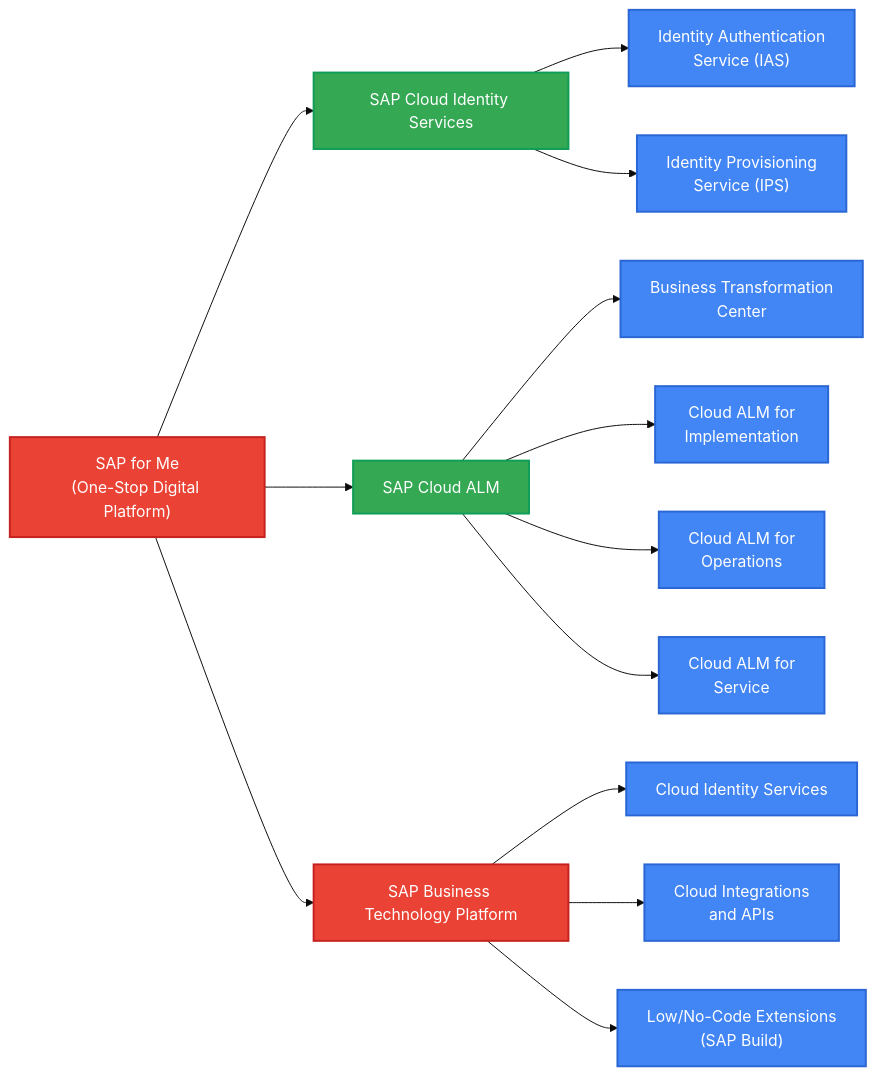
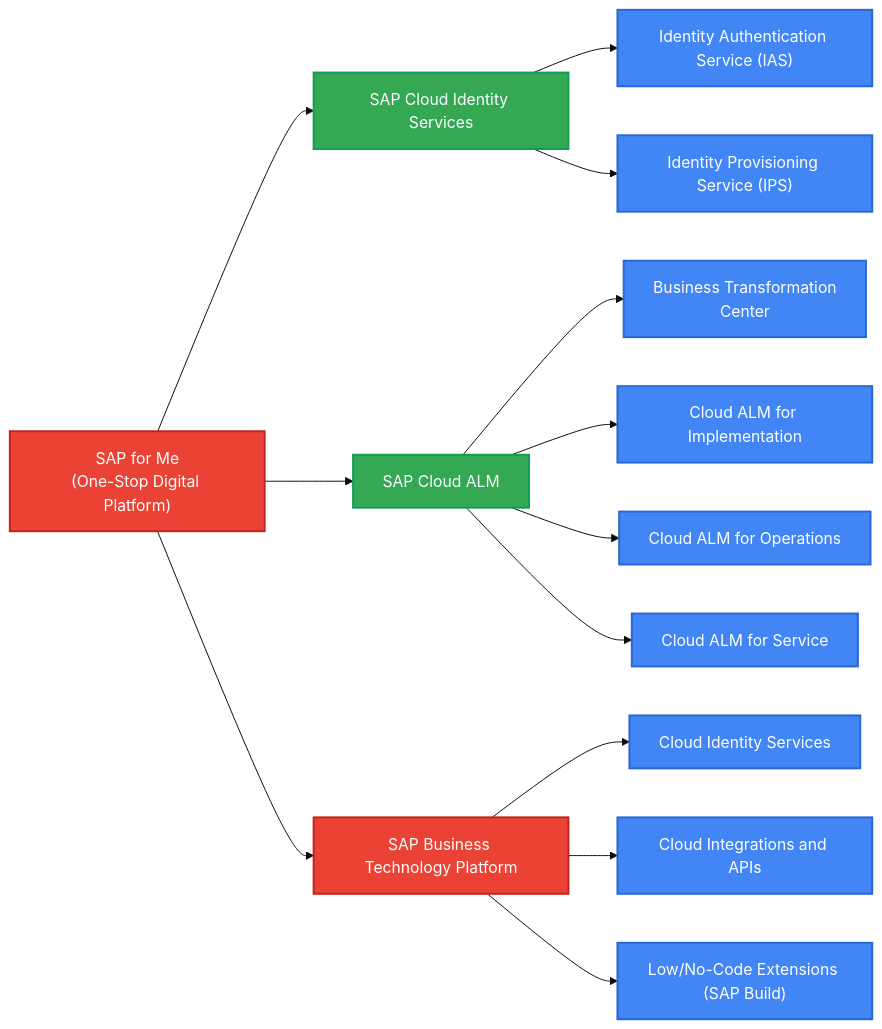
Before and after one commit to sapflashcards/S4CPE: the diagram in platforms-services.md, drawn with Mermaid (base theme).

````diff
--- a/platforms-services.md
+++ b/platforms-services.md
@@ -1,26 +1,26 @@
 ```mermaid
 flowchart LR
     SFM["SAP for Me\n(One-Stop Digital Platform)"] --> SCIS["SAP Cloud Identity Services"]
     SFM --> CALM["SAP Cloud ALM"]
     SFM --> BTP["SAP Business Technology Platform"]
     
-    SCIS --> IAS["Identity Authentication\nService (IAS)"]
-    SCIS --> IPS["Identity Provisioning\nService (IPS)"]
+    SCIS --> IAS["Identity Authentication Service (IAS)"]
+    SCIS --> IPS["Identity Provisioning Service (IPS)"]
     
     CALM --> BTC["Business Transformation\nCenter"]
-    CALM --> IMP["Cloud ALM for\nImplementation"]
-    CALM --> OPS["Cloud ALM for\nOperations"]
-    CALM --> SER["Cloud ALM for\nService"]
+    CALM --> IMP["Cloud ALM for Implementation"]
+    CALM --> OPS["Cloud ALM for Operations"]
+    CALM --> SER["Cloud ALM for Service"]
     
     BTP --> CAI["Cloud Identity Services"]
-    BTP --> CIA["Cloud Integrations\nand APIs"]
-    BTP --> CEX["Low/No-Code Extensions\n(SAP Build)"]
+    BTP --> CIA["Cloud Integrations and APIs"]
+    BTP --> CEX["Low/No-Code Extensions (SAP Build)"]
     
     classDef platform fill:#EA4335,color:white,stroke:#C5221F,stroke-width:2px
     classDef service fill:#34A853,color:white,stroke:#0F9D58,stroke-width:2px
     classDef component fill:#4285F4,color:white,stroke:#2A67D4,stroke-width:2px
     
     class SFM,BTP platform
     class SCIS,CALM service
     class IAS,IPS,BTC,IMP,OPS,SER,CAI,CIA,CEX component
 ```
````
